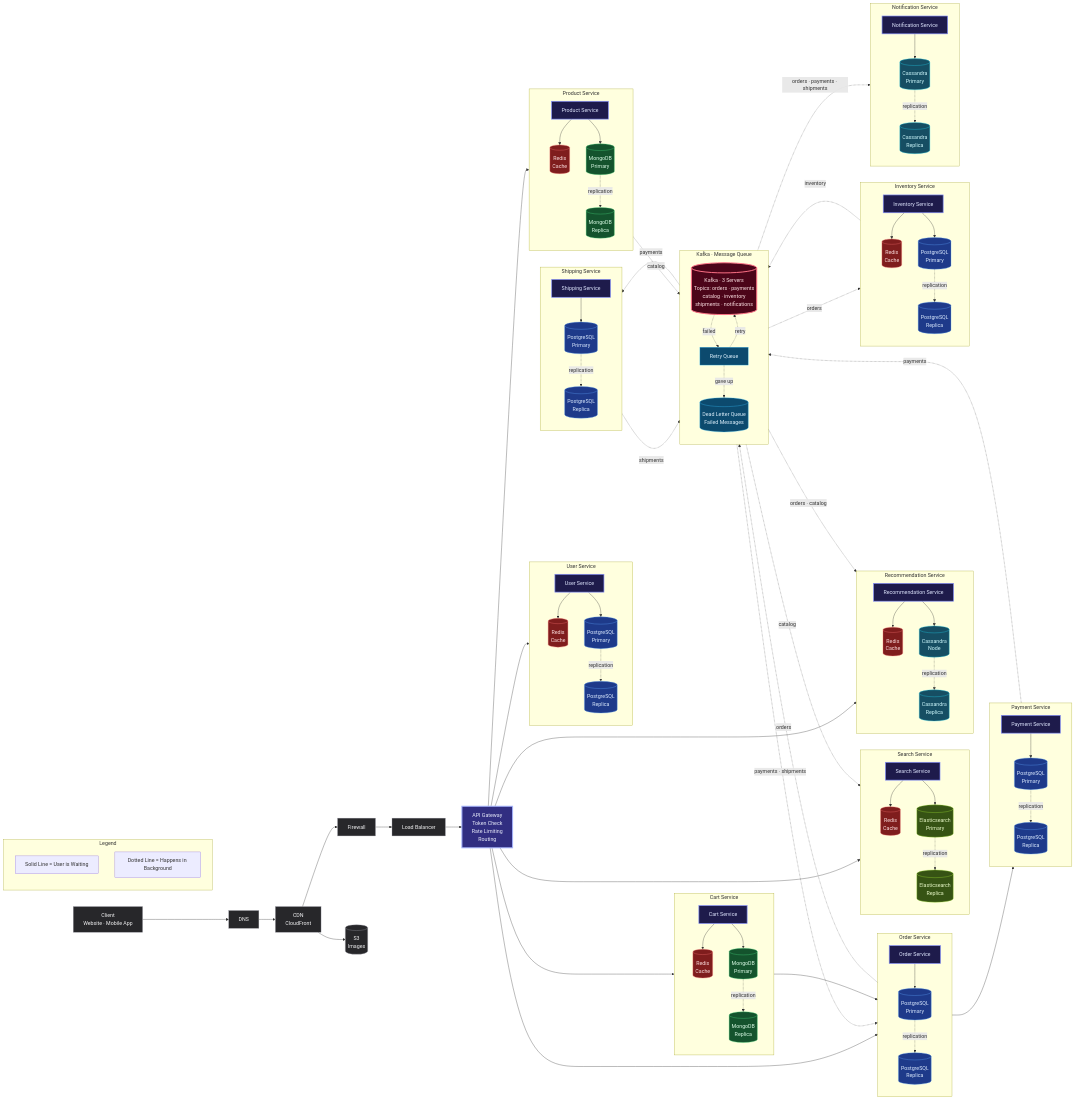
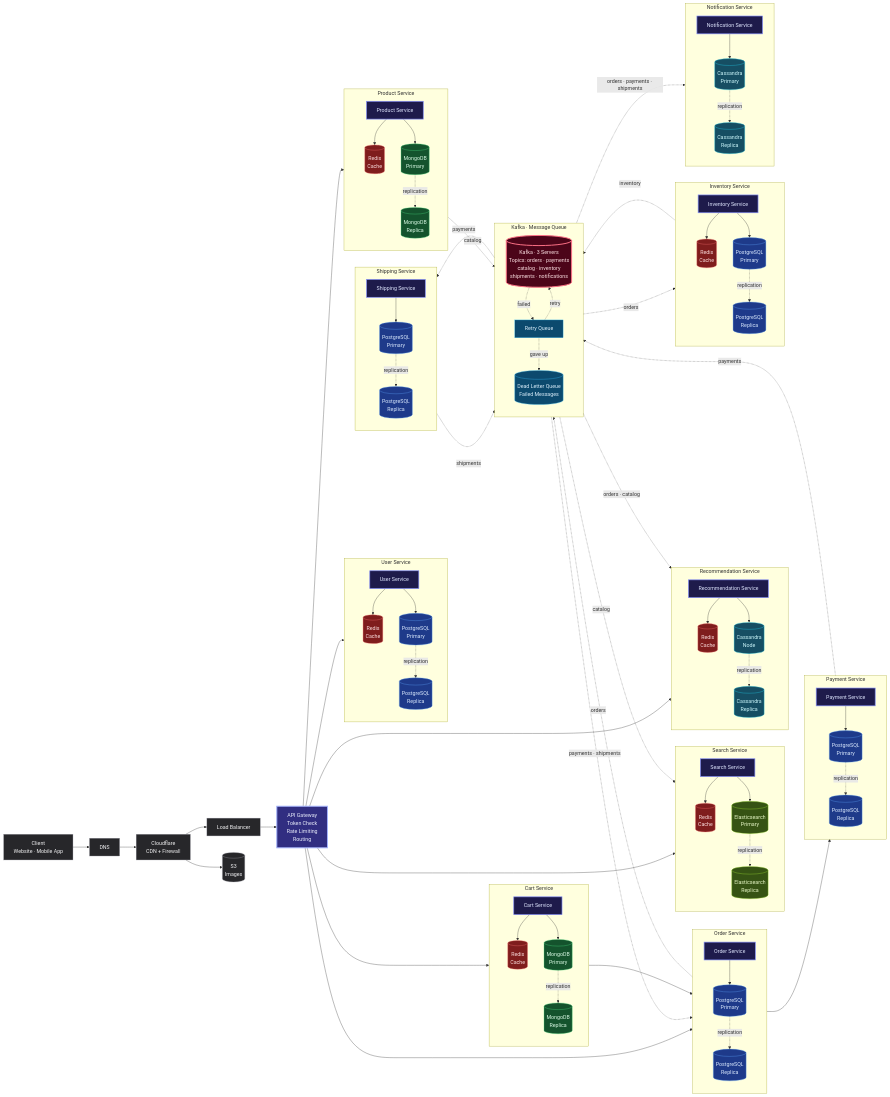
One commit to Sujalkathait/HLD-design changed the diagram in ecommerce-hld-microservices.mmd. Above: the diagram before and after it, drawn with Mermaid. The commit also changed 1 other file, not shown here.

Commit message:
Remove legend, use Cloudflare, add requirements and capacity for 1M users

```diff
--- a/ecommerce-hld-microservices.mmd
+++ b/ecommerce-hld-microservices.mmd
@@ -1,186 +1,179 @@
 flowchart LR
 
-    %% ===================== LEGEND =====================
-    subgraph LEGEND["Legend"]
-        direction TB
-        L1["Solid Line = User is Waiting"]
-        L2["Dotted Line = Happens in Background"]
-    end
-
     %% ===================== CLIENT TO GATEWAY =====================
-    CLIENT["Client<br/>Website · Mobile App"] --> DNS["DNS"] --> CDN["CDN<br/>CloudFront"] --> WAF["Firewall"] --> LB["Load Balancer"]
+    CLIENT["Client<br/>Website · Mobile App"] --> DNS["DNS"] --> CDN["Cloudflare<br/>CDN + Firewall"] --> LB["Load Balancer"]
     CDN --> S3[("S3<br/>Images")]
 
     GW["API Gateway<br/>Token Check<br/>Rate Limiting<br/>Routing"]
     LB --> GW
 
     %% ===================== USER SERVICE =====================
     subgraph USER_BLOCK["User Service"]
         direction TB
         USER_S["User Service"]
         USER_REDIS[("Redis<br/>Cache")]
         USER_PG[("PostgreSQL<br/>Primary")]
         USER_PG_R[("PostgreSQL<br/>Replica")]
         USER_S --> USER_REDIS
         USER_S --> USER_PG
         USER_PG -. replication .-> USER_PG_R
     end
 
     %% ===================== PRODUCT SERVICE =====================
     subgraph PRODUCT_BLOCK["Product Service"]
         direction TB
         PRODUCT_S["Product Service"]
         PRODUCT_REDIS[("Redis<br/>Cache")]
         PRODUCT_MONGO[("MongoDB<br/>Primary")]
         PRODUCT_MONGO_R[("MongoDB<br/>Replica")]
         PRODUCT_S --> PRODUCT_REDIS
         PRODUCT_S --> PRODUCT_MONGO
         PRODUCT_MONGO -. replication .-> PRODUCT_MONGO_R
     end
 
     %% ===================== SEARCH SERVICE =====================
     subgraph SEARCH_BLOCK["Search Service"]
         direction TB
         SEARCH_S["Search Service"]
         SEARCH_REDIS[("Redis<br/>Cache")]
         SEARCH_ES[("Elasticsearch<br/>Primary")]
         SEARCH_ES_R[("Elasticsearch<br/>Replica")]
         SEARCH_S --> SEARCH_REDIS
         SEARCH_S --> SEARCH_ES
         SEARCH_ES -. replication .-> SEARCH_ES_R
     end
 
     %% ===================== RECOMMENDATION SERVICE =====================
     subgraph RECO_BLOCK["Recommendation Service"]
         direction TB
         RECO_S["Recommendation Service"]
         RECO_REDIS[("Redis<br/>Cache")]
         RECO_CASS[("Cassandra<br/>Node")]
         RECO_CASS_R[("Cassandra<br/>Replica")]
         RECO_S --> RECO_REDIS
         RECO_S --> RECO_CASS
         RECO_CASS -. replication .-> RECO_CASS_R
     end
 
     %% ===================== CART SERVICE =====================
     subgraph CART_BLOCK["Cart Service"]
         direction TB
         CART_S["Cart Service"]
         CART_REDIS[("Redis<br/>Cache")]
         CART_MONGO[("MongoDB<br/>Primary")]
         CART_MONGO_R[("MongoDB<br/>Replica")]
         CART_S --> CART_REDIS
         CART_S --> CART_MONGO
         CART_MONGO -. replication .-> CART_MONGO_R
     end
 
     %% ===================== ORDER SERVICE =====================
     subgraph ORDER_BLOCK["Order Service"]
         direction TB
         ORDER_S["Order Service"]
         ORDER_PG[("PostgreSQL<br/>Primary")]
         ORDER_PG_R[("PostgreSQL<br/>Replica")]
         ORDER_S --> ORDER_PG
         ORDER_PG -. replication .-> ORDER_PG_R
     end
 
     %% ===================== PAYMENT SERVICE =====================
     subgraph PAYMENT_BLOCK["Payment Service"]
         direction TB
         PAYMENT_S["Payment Service"]
         PAYMENT_PG[("PostgreSQL<br/>Primary")]
         PAYMENT_PG_R[("PostgreSQL<br/>Replica")]
         PAYMENT_S --> PAYMENT_PG
         PAYMENT_PG -. replication .-> PAYMENT_PG_R
     end
 
     %% ===================== KAFKA =====================
     subgraph KAFKA_BLOCK["Kafka · Message Queue"]
         direction TB
         KAFKA[("Kafka · 3 Servers<br/>Topics: orders · payments<br/>catalog · inventory<br/>shipments · notifications")]
         RETRY["Retry Queue"]
         DLQ[("Dead Letter Queue<br/>Failed Messages")]
         KAFKA -. "failed" .-> RETRY
         RETRY -. "retry" .-> KAFKA
         RETRY -. "gave up" .-> DLQ
     end
 
     %% ===================== INVENTORY SERVICE =====================
     subgraph INVENTORY_BLOCK["Inventory Service"]
         direction TB
         INVENTORY_S["Inventory Service"]
         INVENTORY_REDIS[("Redis<br/>Cache")]
         INVENTORY_PG[("PostgreSQL<br/>Primary")]
         INVENTORY_PG_R[("PostgreSQL<br/>Replica")]
         INVENTORY_S --> INVENTORY_REDIS
         INVENTORY_S --> INVENTORY_PG
         INVENTORY_PG -. replication .-> INVENTORY_PG_R
     end
 
     %% ===================== SHIPPING SERVICE =====================
     subgraph SHIPPING_BLOCK["Shipping Service"]
         direction TB
         SHIPPING_S["Shipping Service"]
         SHIPPING_PG[("PostgreSQL<br/>Primary")]
         SHIPPING_PG_R[("PostgreSQL<br/>Replica")]
         SHIPPING_S --> SHIPPING_PG
         SHIPPING_PG -. replication .-> SHIPPING_PG_R
     end
 
     %% ===================== NOTIFICATION SERVICE =====================
     subgraph NOTIFICATION_BLOCK["Notification Service"]
         direction TB
         NOTIFICATION_S["Notification Service"]
         NOTIFICATION_CASS[("Cassandra<br/>Primary")]
         NOTIFICATION_CASS_R[("Cassandra<br/>Replica")]
         NOTIFICATION_S --> NOTIFICATION_CASS
         NOTIFICATION_CASS -. replication .-> NOTIFICATION_CASS_R
     end
 
     %% ===================== GATEWAY TO SERVICES =====================
     GW --> USER_S
     GW --> PRODUCT_S
     GW --> SEARCH_S
     GW --> RECO_S
     GW --> CART_S
     GW --> ORDER_S
     CART_S --> ORDER_S
     ORDER_S --> PAYMENT_S
 
     %% ===================== SERVICES TO KAFKA =====================
     PRODUCT_S -. "catalog" .-> KAFKA
     ORDER_S -. "orders" .-> KAFKA
     PAYMENT_S -. "payments" .-> KAFKA
     INVENTORY_S -. "inventory" .-> KAFKA
     SHIPPING_S -. "shipments" .-> KAFKA
 
     %% ===================== KAFKA TO SERVICES =====================
     KAFKA -. "catalog" .-> SEARCH_S
     KAFKA -. "orders · catalog" .-> RECO_S
     KAFKA -. "orders" .-> INVENTORY_S
     KAFKA -. "payments" .-> SHIPPING_S
     KAFKA -. "payments · shipments" .-> ORDER_S
     KAFKA -. "orders · payments · shipments" .-> NOTIFICATION_S
 
     %% ===================== STYLES =====================
     classDef svc fill:#1e1b4b,stroke:#818cf8,color:#e0e7ff,stroke-width:2px
     classDef pg fill:#1e3a8a,stroke:#60a5fa,color:#dbeafe
     classDef mongo fill:#14532d,stroke:#4ade80,color:#dcfce7
     classDef redis fill:#7f1d1d,stroke:#f87171,color:#fee2e2
     classDef cass fill:#164e63,stroke:#22d3ee,color:#cffafe
     classDef elastic fill:#365314,stroke:#a3e635,color:#ecfccb
     classDef kafkaNode fill:#4c0519,stroke:#fb7185,color:#ffe4e6,stroke-width:3px
     classDef dlqNode fill:#0c4a6e,stroke:#38bdf8,color:#e0f2fe
     classDef edgeNode fill:#27272a,stroke:#a1a1aa,color:#f4f4f5
     classDef gwNode fill:#312e81,stroke:#a5b4fc,color:#eef2ff,stroke-width:3px
 
     class USER_S,PRODUCT_S,SEARCH_S,RECO_S,CART_S,ORDER_S,PAYMENT_S,INVENTORY_S,SHIPPING_S,NOTIFICATION_S svc
     class USER_PG,USER_PG_R,ORDER_PG,ORDER_PG_R,PAYMENT_PG,PAYMENT_PG_R,INVENTORY_PG,INVENTORY_PG_R,SHIPPING_PG,SHIPPING_PG_R pg
     class PRODUCT_MONGO,PRODUCT_MONGO_R,CART_MONGO,CART_MONGO_R mongo
     class USER_REDIS,PRODUCT_REDIS,SEARCH_REDIS,RECO_REDIS,CART_REDIS,INVENTORY_REDIS redis
     class RECO_CASS,RECO_CASS_R,NOTIFICATION_CASS,NOTIFICATION_CASS_R cass
     class SEARCH_ES,SEARCH_ES_R elastic
     class KAFKA kafkaNode
     class DLQ,RETRY dlqNode
     class CLIENT,DNS,CDN,S3,WAF,LB edgeNode
     class GW gwNode
```
